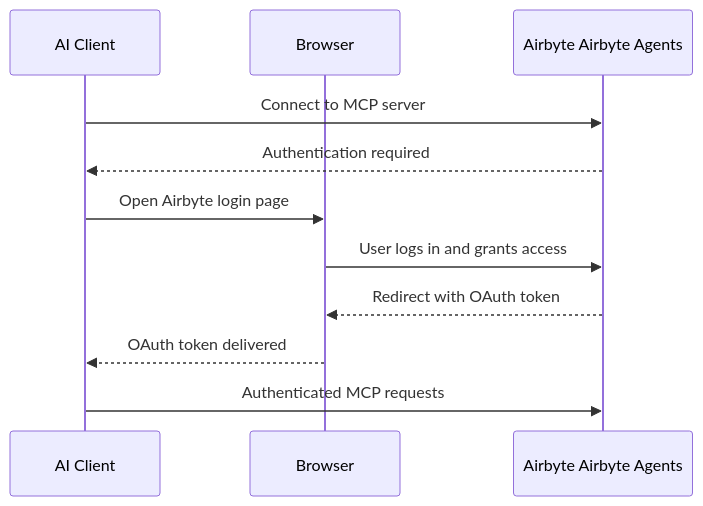
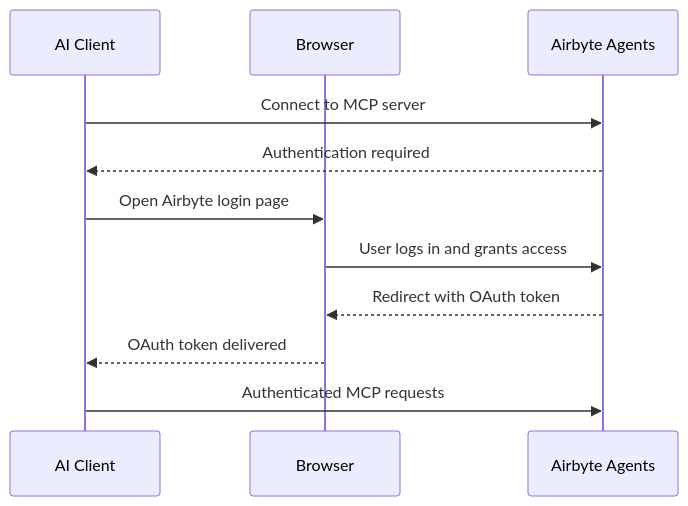
One commit to airbytehq/airbyte changed the first of 2 diagrams in docs/ai-agents/interfaces/mcp/readme.md. Above: the diagram before and after it, drawn with Mermaid. The commit also changed other lines of this file, not shown here.

````diff
--- a/docs/ai-agents/interfaces/mcp/readme.md
+++ b/docs/ai-agents/interfaces/mcp/readme.md
@@ -245,14 +245,14 @@
 ```mermaid
 sequenceDiagram
     participant Client as AI Client
     participant Browser as Browser
-    participant Airbyte as Airbyte Airbyte Agents
+    participant Airbyte as Airbyte Agents
 
     Client->>Airbyte: Connect to MCP server
     Airbyte-->>Client: Authentication required
     Client->>Browser: Open Airbyte login page
     Browser->>Airbyte: User logs in and grants access
     Airbyte-->>Browser: Redirect with OAuth token
     Browser-->>Client: OAuth token delivered
     Client->>Airbyte: Authenticated MCP requests
 ```
````
